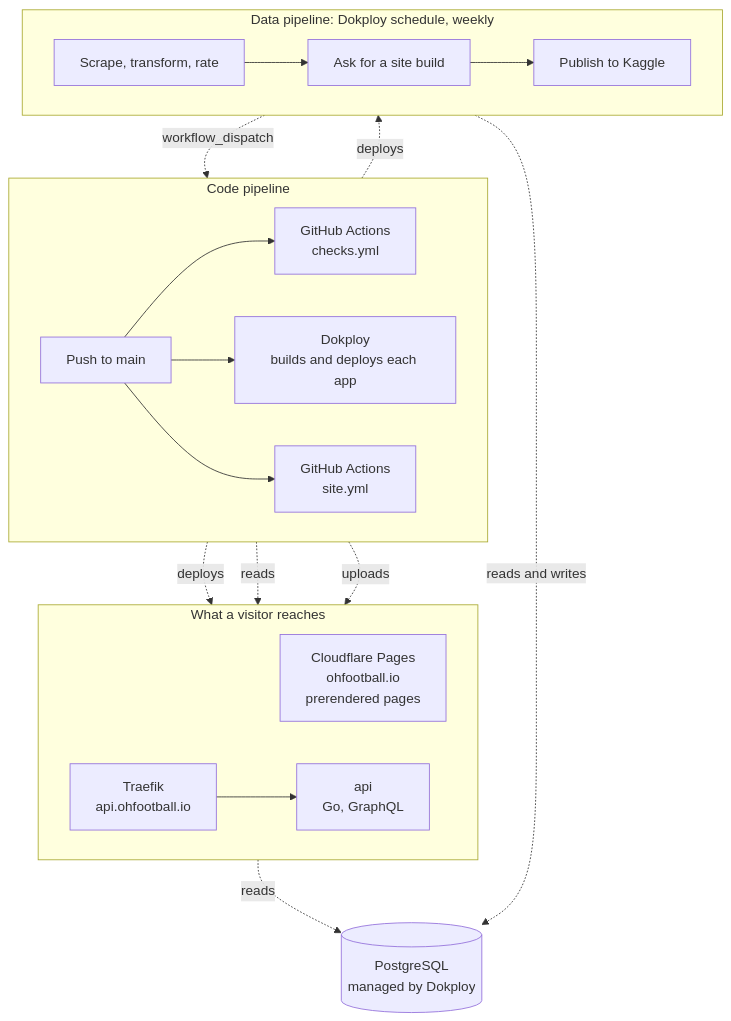
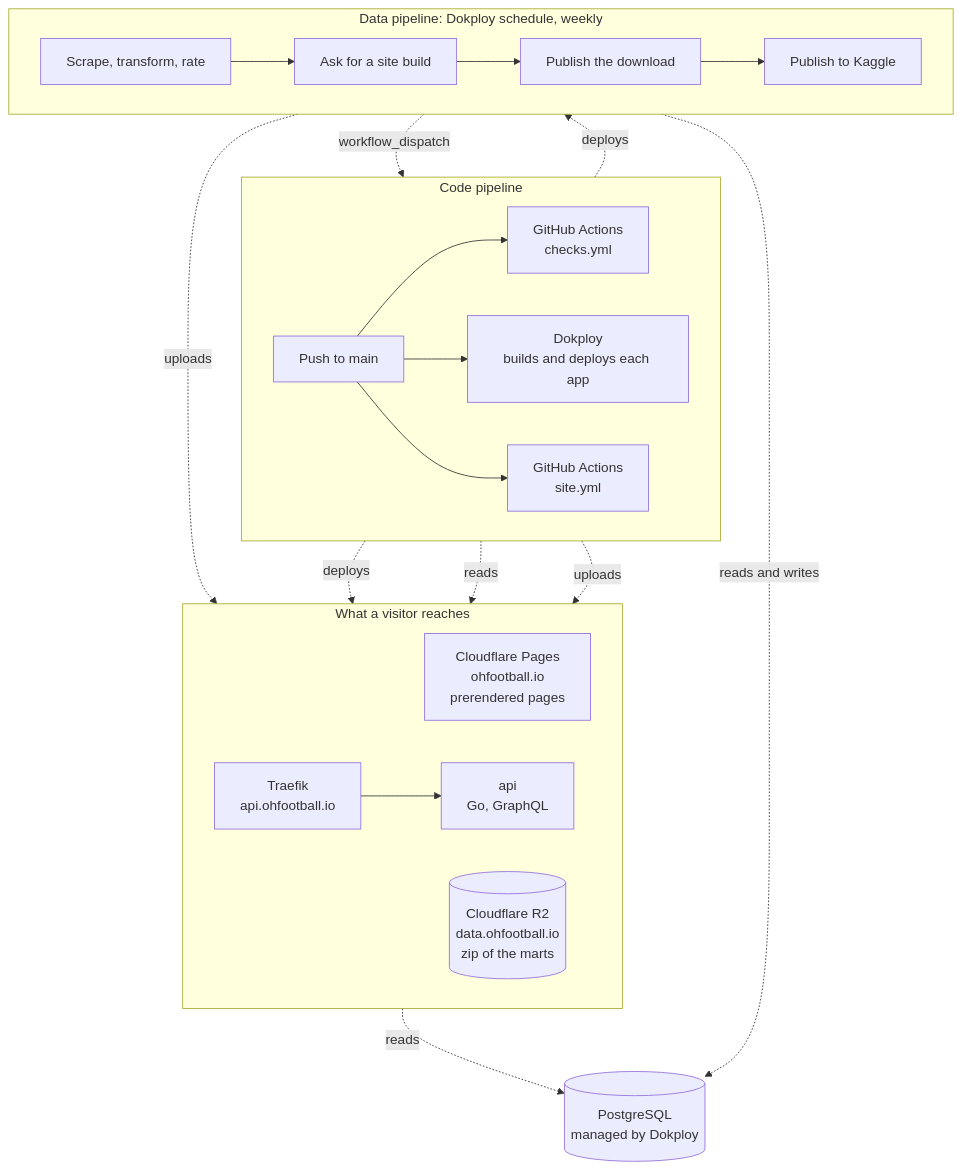
The first of 4 diagrams in docs/architecture.md (StephenODea54/ohfootball.io), drawn with Mermaid before and after one commit. The commit also changed other lines of this file and 5 other files, not shown here.

First line of the commit message:
Add the download of the marts to the weekly run

````diff
--- a/docs/architecture.md
+++ b/docs/architecture.md
@@ -18,30 +20,32 @@
 ```mermaid
 flowchart TB
     subgraph code["Code pipeline"]
         direction LR
         merge["Push to main"] --> checks["GitHub Actions<br/>checks.yml"]
         merge --> deploy["Dokploy<br/>builds and deploys each app"]
         merge --> sitewf["GitHub Actions<br/>site.yml"]
     end
 
     subgraph data["Data pipeline: Dokploy schedule, weekly"]
         direction LR
-        run["Scrape, transform, rate"] --> site["Ask for a site build"] --> kaggle["Publish to Kaggle"]
+        run["Scrape, transform, rate"] --> site["Ask for a site build"] --> download["Publish the download"] --> kaggle["Publish to Kaggle"]
     end
 
     subgraph serve["What a visitor reaches"]
         direction LR
         pages["Cloudflare Pages<br/>ohfootball.io<br/>prerendered pages"]
         proxy["Traefik<br/>api.ohfootball.io"] --> api["api<br/>Go, GraphQL"]
+        r2[("Cloudflare R2<br/>data.ohfootball.io<br/>zip of the marts")]
     end
 
     warehouse[("PostgreSQL<br/>managed by Dokploy")]
 
     deploy -.deploys.-> api
     deploy -.deploys.-> data
     sitewf -.reads.-> proxy
     sitewf -.uploads.-> pages
     run -.reads and writes.-> warehouse
     api -.reads.-> warehouse
     site -.workflow_dispatch.-> sitewf
+    download -.uploads.-> r2
 ```
````
